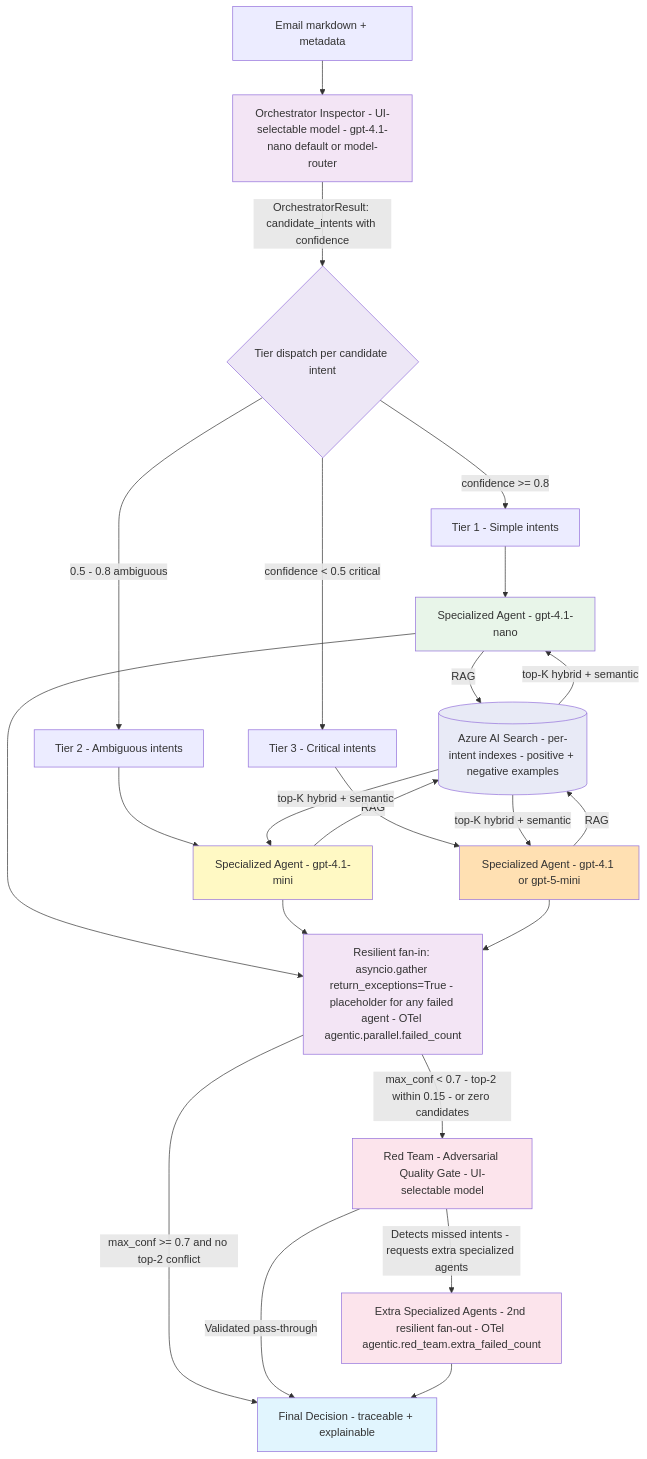
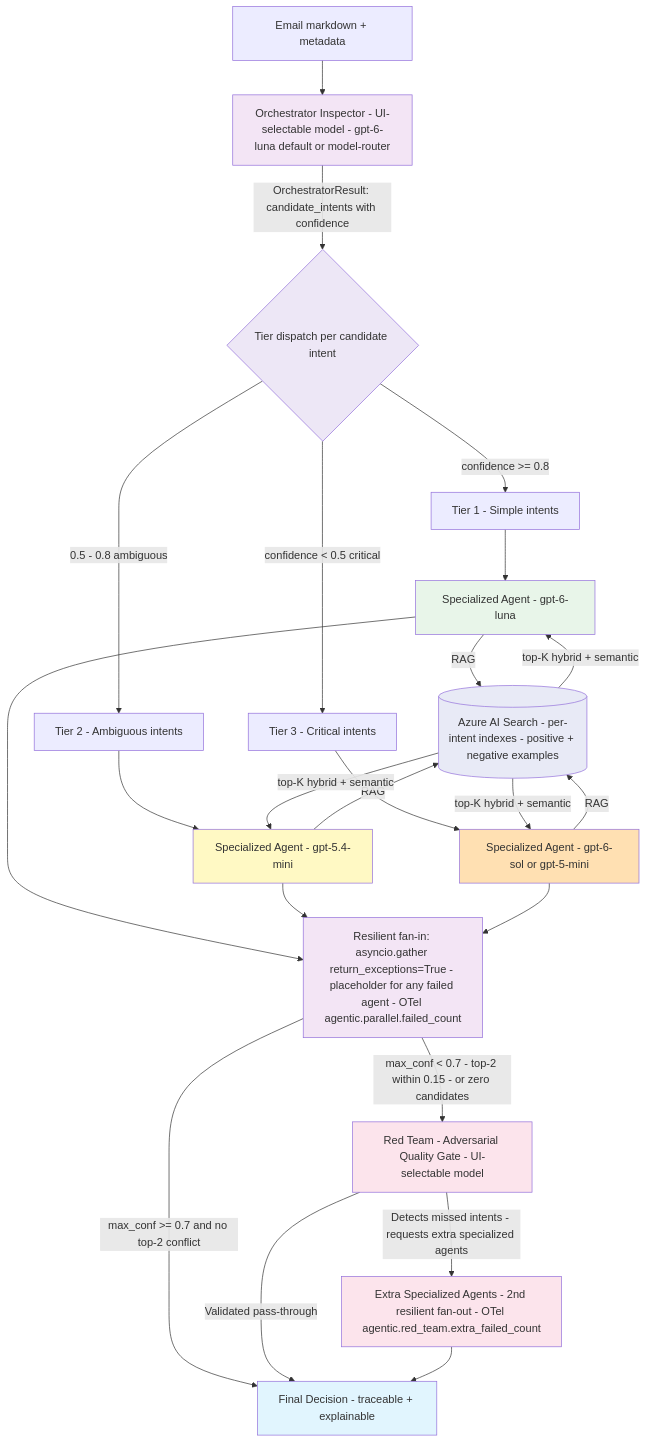
Before and after one commit to olivMertens/ClassyMail: the diagram in docs/AGENTIC_CLASSIFICATION.md, drawn with Mermaid. The commit also changed other lines of this file and 49 other files, not shown here.

First line of the commit message:
feat(models): migrate defaults off Deprecated GPT-4.1 to gpt-6-luna, gpt-5.4-mini, gpt-6-sol

````diff
--- a/docs/AGENTIC_CLASSIFICATION.md
+++ b/docs/AGENTIC_CLASSIFICATION.md
@@ -11,43 +11,43 @@
 ```mermaid
 flowchart TD
-    Email[Email markdown + metadata] --> Orch["Orchestrator Inspector - UI-selectable model - gpt-4.1-nano default or model-router"]
+    Email[Email markdown + metadata] --> Orch["Orchestrator Inspector - UI-selectable model - gpt-6-luna default or model-router"]
     Orch -->|"OrchestratorResult: candidate_intents with confidence"| TierGate{Tier dispatch per candidate intent}
 
     TierGate -->|"confidence >= 0.8"| T1Group["Tier 1 - Simple intents"]
     TierGate -->|"0.5 - 0.8 ambiguous"| T2Group["Tier 2 - Ambiguous intents"]
     TierGate -->|"confidence < 0.5 critical"| T3Group["Tier 3 - Critical intents"]
 
-    T1Group --> T1A["Specialized Agent - gpt-4.1-nano"]
-    T2Group --> T2A["Specialized Agent - gpt-4.1-mini"]
-    T3Group --> T3A["Specialized Agent - gpt-4.1 or gpt-5-mini"]
+    T1Group --> T1A["Specialized Agent - gpt-6-luna"]
+    T2Group --> T2A["Specialized Agent - gpt-5.4-mini"]
+    T3Group --> T3A["Specialized Agent - gpt-6-sol or gpt-5-mini"]
 
     T1A -->|"RAG"| AIS[("Azure AI Search - per-intent indexes - positive + negative examples")]
     T2A -->|"RAG"| AIS
     T3A -->|"RAG"| AIS
 
     AIS -->|"top-K hybrid + semantic"| T1A
     AIS -->|"top-K hybrid + semantic"| T2A
     AIS -->|"top-K hybrid + semantic"| T3A
 
     T1A --> FanIn["Resilient fan-in: asyncio.gather return_exceptions=True - placeholder for any failed agent - OTel agentic.parallel.failed_count"]
     T2A --> FanIn
     T3A --> FanIn
 
     FanIn -->|"max_conf >= 0.7 and no top-2 conflict"| Final["Final Decision - traceable + explainable"]
     FanIn -->|"max_conf < 0.7 - top-2 within 0.15 - or zero candidates"| RT["Red Team - Adversarial Quality Gate - UI-selectable model"]
 
     RT -->|"Validated pass-through"| Final
     RT -->|"Detects missed intents - requests extra specialized agents"| ExtraFan["Extra Specialized Agents - 2nd resilient fan-out - OTel agentic.red_team.extra_failed_count"]
     ExtraFan --> Final
 
     style Orch fill:#f3e5f5
     style TierGate fill:#ede7f6
     style T1A fill:#e8f5e9
     style T2A fill:#fff9c4
     style T3A fill:#ffe0b2
     style AIS fill:#e8eaf6
     style FanIn fill:#f3e5f5
     style RT fill:#fce4ec
     style ExtraFan fill:#fce4ec
     style Final fill:#e1f5fe
 ```
````
